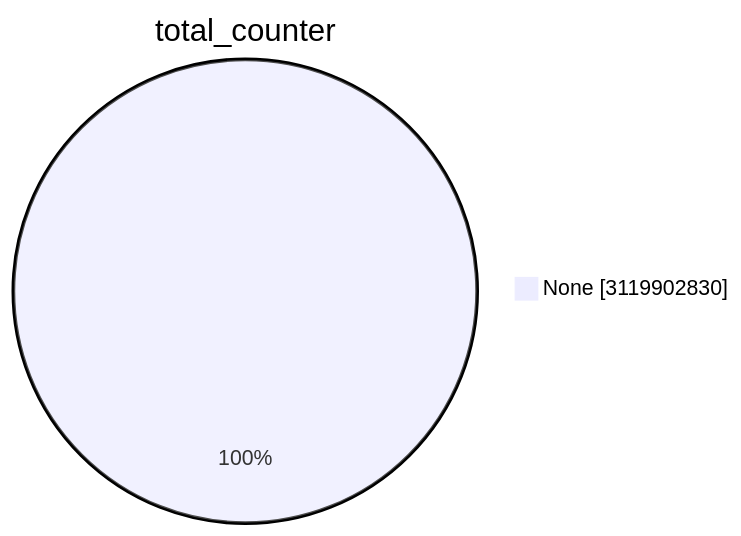
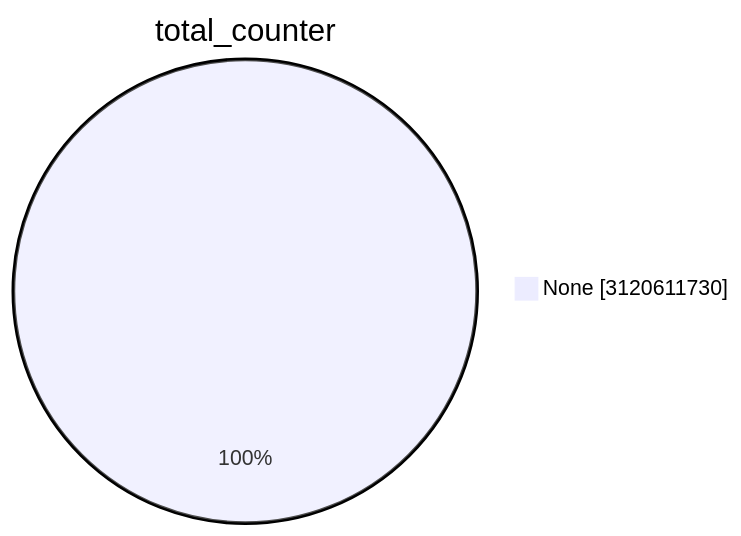
One commit to christiankrug/ctmonitor_visualization changed the first of 15 diagrams in TOTAL/README.md. Above: the diagram before and after it, drawn with Mermaid. The commit also changed other lines of this file, not shown here.

````diff
--- a/TOTAL/README.md
+++ b/TOTAL/README.md
@@ -1,5 +1,5 @@
 ```mermaid
 pie showData
 title total_counter
-"None" :3119902830
+"None" :3120611730
 ```
````
